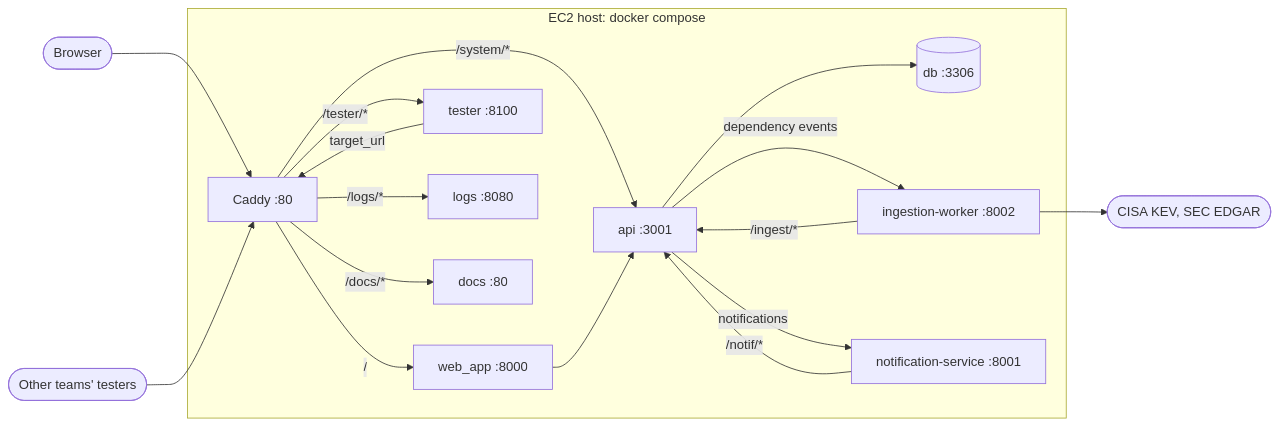
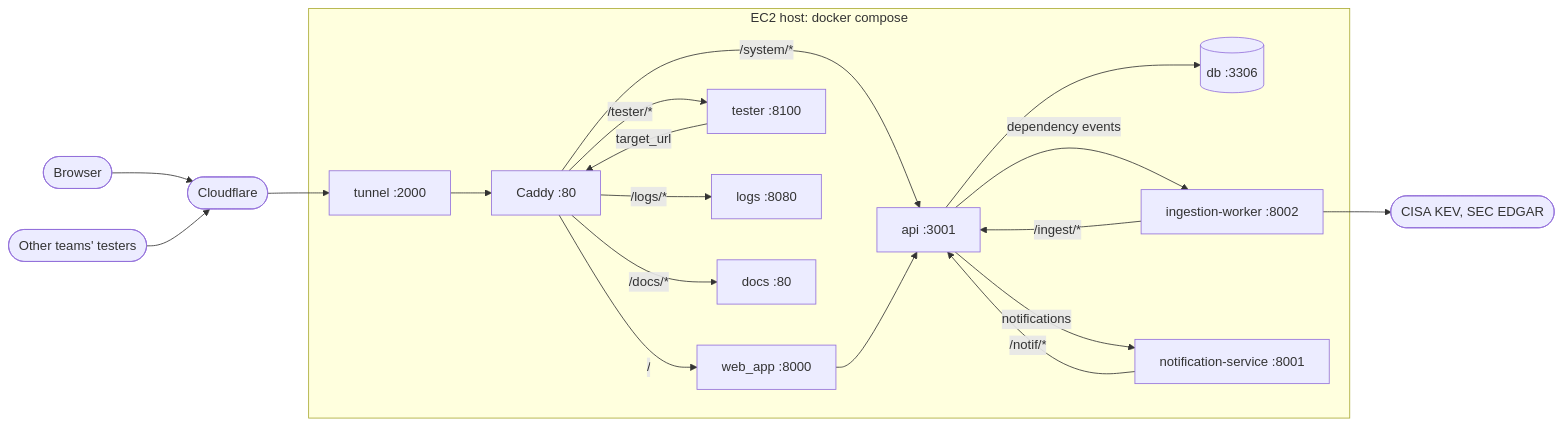
Before and after one commit to AndrewDile/SEC-Check: the first of 2 diagrams in docs/pages/architecture.md, drawn with Mermaid. The commit also changed other lines of this file and 8 other files, not shown here.

Commit message:
Cloudflare Tunnel Setup for HTTPS

````diff
--- a/docs/pages/architecture.md
+++ b/docs/pages/architecture.md
@@ -5,21 +5,23 @@
 ```mermaid
 flowchart LR
-    browser([Browser]) --> caddy
-    other([Other teams' testers]) --> caddy
+    browser([Browser]) --> cloudflare([Cloudflare])
+    other([Other teams' testers]) --> cloudflare
+    cloudflare --> tunnel
     subgraph host [EC2 host: docker compose]
+        tunnel[tunnel :2000] --> caddy
         caddy[Caddy :80]
         caddy -- "/" --> web[web_app :8000]
         caddy -- "/system/*" --> api[api :3001]
         caddy -- "/tester/*" --> tester[tester :8100]
         caddy -- "/logs/*" --> logs[logs :8080]
         caddy -- "/docs/*" --> docs[docs :80]
         web --> api
         tester -- "target_url" --> caddy
         api --> db[(db :3306)]
         api -- "dependency events" --> worker[ingestion-worker :8002]
         api -- "notifications" --> notifier[notification-service :8001]
         worker -- "/ingest/*" --> api
         notifier -- "/notif/*" --> api
     end
     worker --> feeds([CISA KEV, SEC EDGAR])
 ```
````
